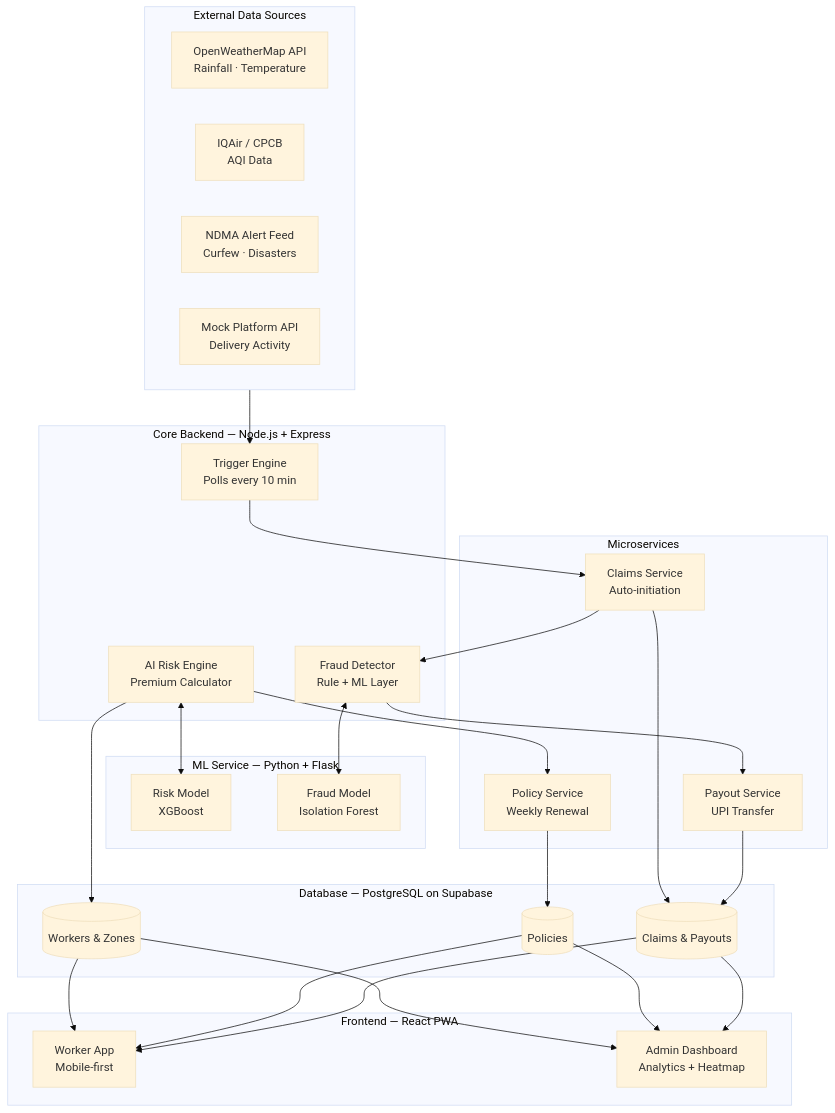
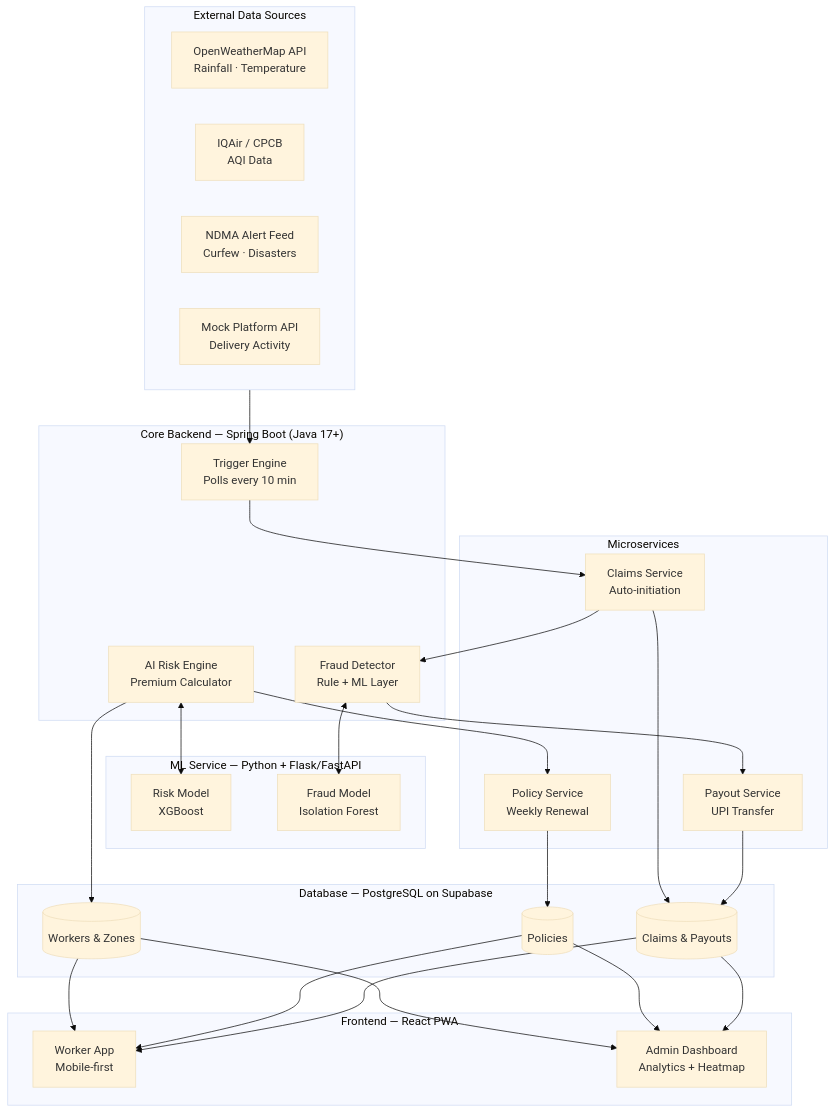
Before and after one commit to Ryuga-Mvp/Dev: the first of 7 diagrams in README.md, drawn with Mermaid (base theme). The commit also changed other lines of this file, not shown here.

````diff
--- a/README.md
+++ b/README.md
@@ -85,51 +85,51 @@
 ```mermaid
 graph TB
     subgraph EXT["External Data Sources"]
         W1[OpenWeatherMap API<br/>Rainfall · Temperature]
         W2[IQAir / CPCB<br/>AQI Data]
         W3[NDMA Alert Feed<br/>Curfew · Disasters]
         W4[Mock Platform API<br/>Delivery Activity]
     end
 
-    subgraph CORE["Core Backend — Node.js + Express"]
+    subgraph CORE["Core Backend — Spring Boot (Java 17+)"]
         TE[Trigger Engine<br/>Polls every 10 min]
         RE[AI Risk Engine<br/>Premium Calculator]
         FD[Fraud Detector<br/>Rule + ML Layer]
     end
 
-    subgraph ML["ML Service — Python + Flask"]
+    subgraph ML["ML Service — Python + Flask/FastAPI"]
         RM[Risk Model<br/>XGBoost]
         FM[Fraud Model<br/>Isolation Forest]
     end
 
     subgraph SVC["Microservices"]
         CS[Claims Service<br/>Auto-initiation]
         PS[Policy Service<br/>Weekly Renewal]
         PY[Payout Service<br/>UPI Transfer]
     end
 
     subgraph DB["Database — PostgreSQL on Supabase"]
-        D1[(Workers &amp; Zones)]
+        D1[(Workers & Zones)]
         D2[(Policies)]
-        D3[(Claims &amp; Payouts)]
+        D3[(Claims & Payouts)]
     end
 
     subgraph FE["Frontend — React PWA"]
         WA[Worker App<br/>Mobile-first]
         AD[Admin Dashboard<br/>Analytics + Heatmap]
     end
 
     EXT --> TE
     TE --> CS
     RE --> PS
     RE <--> RM
     FD <--> FM
     CS --> FD
     FD --> PY
     CS --> D3
     PS --> D2
     PY --> D3
     RE --> D1
     D1 & D2 & D3 --> WA
     D1 & D2 & D3 --> AD
 ```
````
